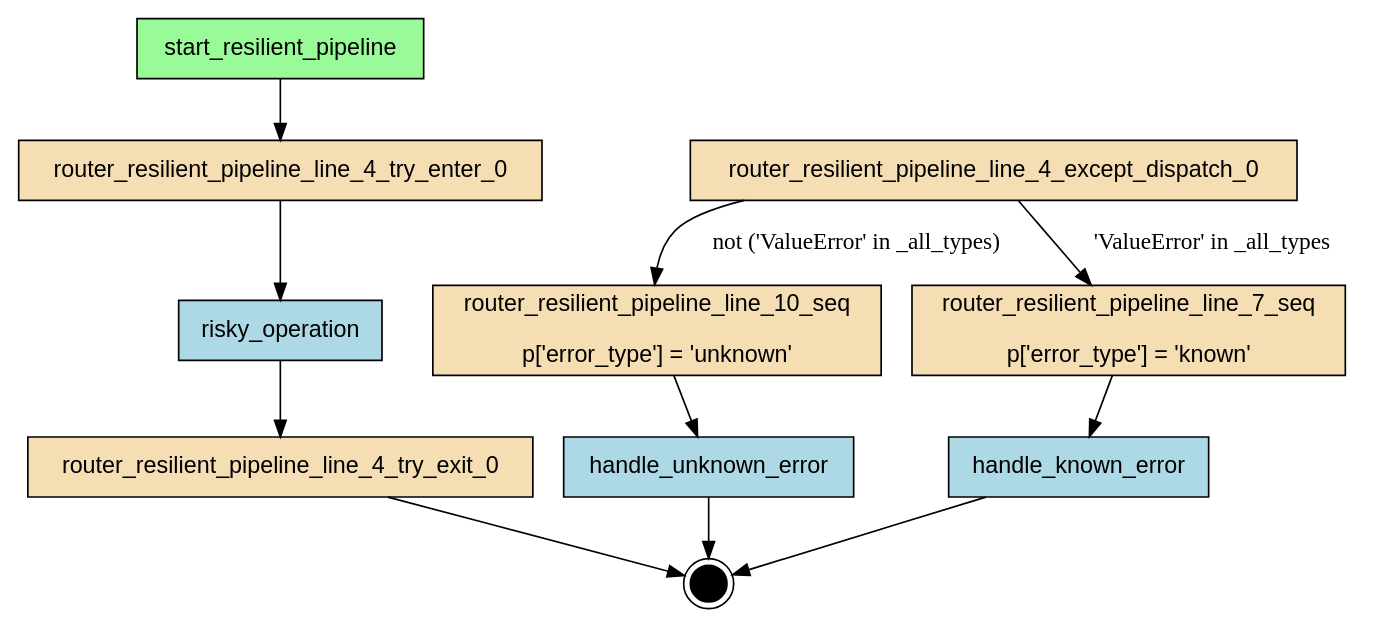
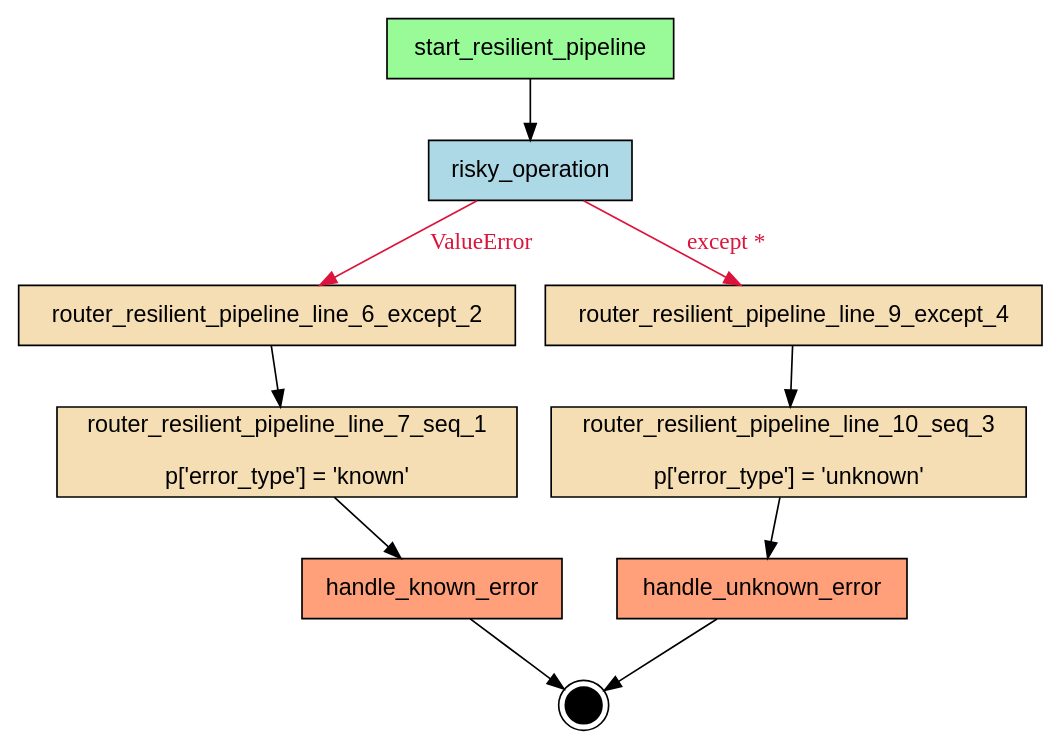
The diagram in examples/flows/compiled/try_except_catch_all/flow.dot (deliveryhero/asya), drawn with Graphviz before and after one commit. The commit also changed 39 other files, not shown here.

First line of the commit message:
chore: enable try/except flow compilation in pre-commit hook

```diff
--- a/examples/flows/compiled/try_except_catch_all/flow.dot
+++ b/examples/flows/compiled/try_except_catch_all/flow.dot
@@ -1,29 +1,27 @@
-digraph "try_except_catch_all" {
+digraph "resilient_pipeline" {
     rankdir=TB;
     node [shape=box, style=filled, fontname="Helvetica"];
 
     { rank=source; start_resilient_pipeline; }
 
-    handle_known_error [label="handle_known_error", fillcolor=lightblue];
-    handle_unknown_error [label="handle_unknown_error", fillcolor=lightblue];
+    handle_known_error [label="handle_known_error", fillcolor=lightsalmon];
+    handle_unknown_error [label="handle_unknown_error", fillcolor=lightsalmon];
     risky_operation [label="risky_operation", fillcolor=lightblue];
-    router_resilient_pipeline_line_10_seq [label="router_resilient_pipeline_line_10_seq\n\np['error_type'] = 'unknown'", fillcolor=wheat];
-    router_resilient_pipeline_line_4_except_dispatch_0 [label="router_resilient_pipeline_line_4_except_dispatch_0", fillcolor=wheat];
-    router_resilient_pipeline_line_4_try_enter_0 [label="router_resilient_pipeline_line_4_try_enter_0", fillcolor=wheat];
-    router_resilient_pipeline_line_4_try_exit_0 [label="router_resilient_pipeline_line_4_try_exit_0", fillcolor=wheat];
-    router_resilient_pipeline_line_7_seq [label="router_resilient_pipeline_line_7_seq\n\np['error_type'] = 'known'", fillcolor=wheat];
+    router_resilient_pipeline_line_10_seq_3 [label="router_resilient_pipeline_line_10_seq_3\n\np['error_type'] = 'unknown'", fillcolor=wheat];
+    router_resilient_pipeline_line_6_except_2 [label="router_resilient_pipeline_line_6_except_2", fillcolor=wheat];
+    router_resilient_pipeline_line_7_seq_1 [label="router_resilient_pipeline_line_7_seq_1\n\np['error_type'] = 'known'", fillcolor=wheat];
+    router_resilient_pipeline_line_9_except_4 [label="router_resilient_pipeline_line_9_except_4", fillcolor=wheat];
     start_resilient_pipeline [label="start_resilient_pipeline", fillcolor=palegreen];
 
     __end__ [label="", shape=doublecircle, fillcolor=black, width=0.3, fixedsize=true];
 
-    start_resilient_pipeline -> router_resilient_pipeline_line_4_try_enter_0;
-    router_resilient_pipeline_line_7_seq -> handle_known_error;
-    router_resilient_pipeline_line_10_seq -> handle_unknown_error;
-    router_resilient_pipeline_line_4_try_enter_0 -> risky_operation;
-    risky_operation -> router_resilient_pipeline_line_4_try_exit_0;
-    router_resilient_pipeline_line_4_except_dispatch_0 -> router_resilient_pipeline_line_7_seq [label="'ValueError' in _all_types"];
-    router_resilient_pipeline_line_4_except_dispatch_0 -> router_resilient_pipeline_line_10_seq [label="not ('ValueError' in _all_types)"];
+    start_resilient_pipeline -> risky_operation;
+    router_resilient_pipeline_line_7_seq_1 -> handle_known_error;
+    router_resilient_pipeline_line_6_except_2 -> router_resilient_pipeline_line_7_seq_1;
+    router_resilient_pipeline_line_10_seq_3 -> handle_unknown_error;
+    router_resilient_pipeline_line_9_except_4 -> router_resilient_pipeline_line_10_seq_3;
+    risky_operation -> router_resilient_pipeline_line_6_except_2 [label="ValueError", color="#DC143C", fontcolor="#DC143C"];
+    risky_operation -> router_resilient_pipeline_line_9_except_4 [label="except *", color="#DC143C", fontcolor="#DC143C"];
     handle_known_error -> __end__;
     handle_unknown_error -> __end__;
-    router_resilient_pipeline_line_4_try_exit_0 -> __end__;
 }
```
